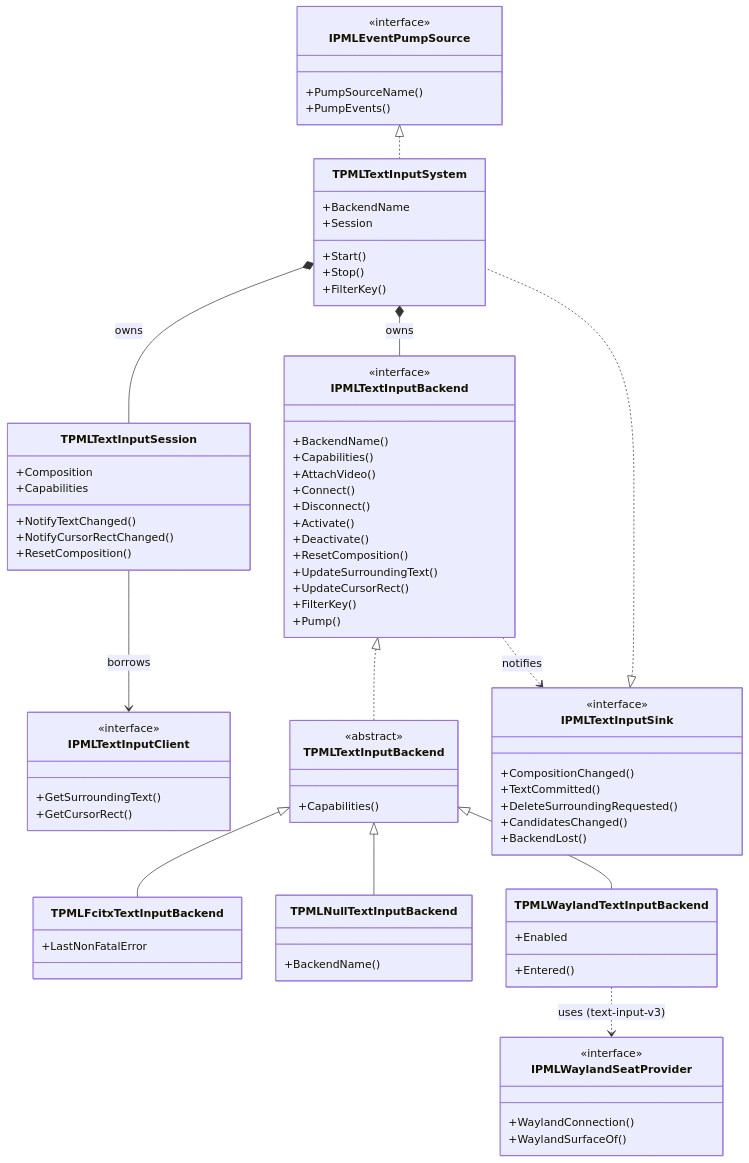
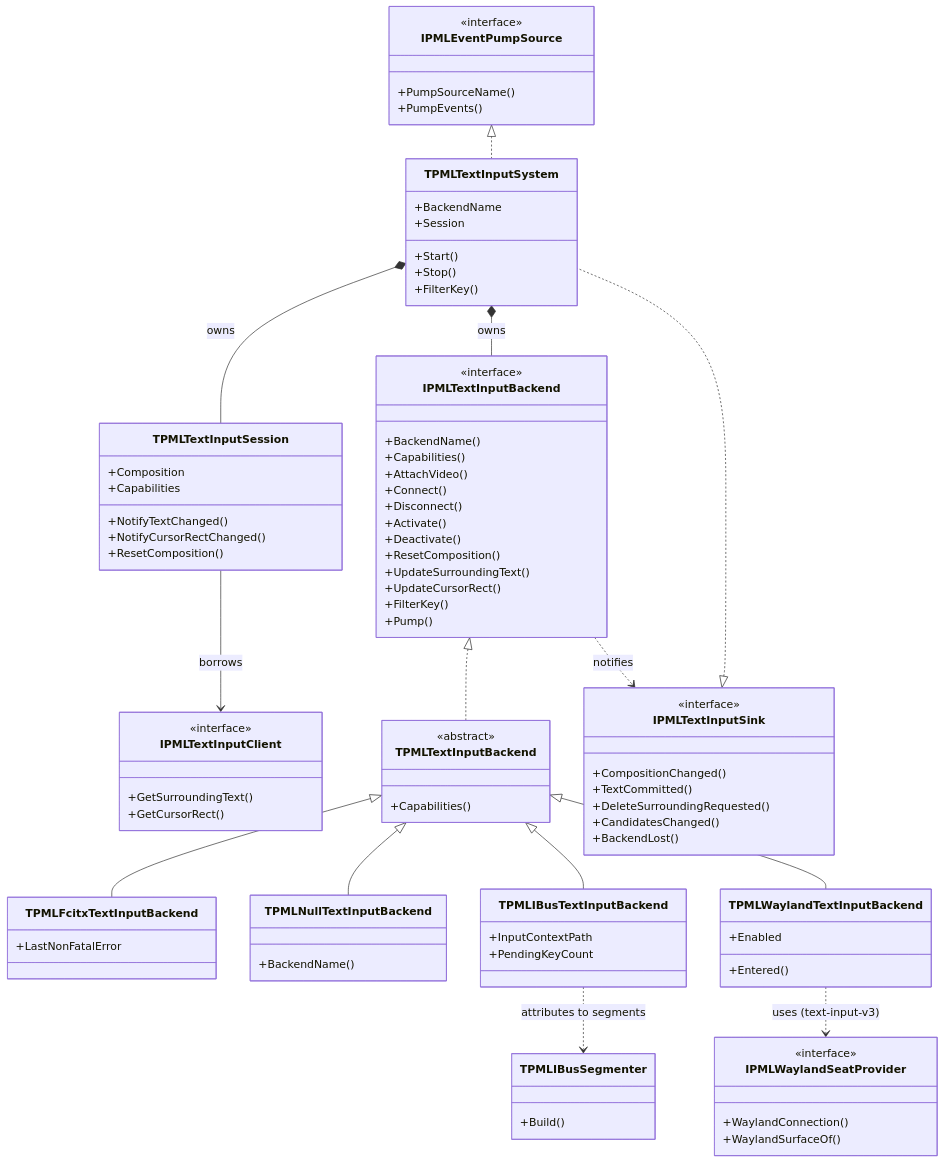
One commit to tankoha/papimela changed the second of 2 diagrams in docs/diagrams/backend-abstraction.md. Above: the diagram before and after it, drawn with Mermaid. The commit also changed 20 other files, not shown here.

```diff
--- a/docs/diagrams/backend-abstraction.md
+++ b/docs/diagrams/backend-abstraction.md
@@ -240,6 +240,13 @@
     class TPMLNullTextInputBackend {
         +BackendName()
     }
+    class TPMLIBusTextInputBackend {
+        +InputContextPath
+        +PendingKeyCount
+    }
+    class TPMLIBusSegmenter {
+        +Build()
+    }
     class TPMLWaylandTextInputBackend {
         +Entered()
         +Enabled
@@ -258,6 +265,8 @@
     IPMLTextInputBackend <|.. TPMLTextInputBackend
     TPMLTextInputBackend <|-- TPMLFcitxTextInputBackend
     TPMLTextInputBackend <|-- TPMLNullTextInputBackend
+    TPMLTextInputBackend <|-- TPMLIBusTextInputBackend
+    TPMLIBusTextInputBackend ..> TPMLIBusSegmenter : attributes to segments
     TPMLTextInputBackend <|-- TPMLWaylandTextInputBackend
     TPMLWaylandTextInputBackend ..> IPMLWaylandSeatProvider : uses (text-input-v3)
 
```
